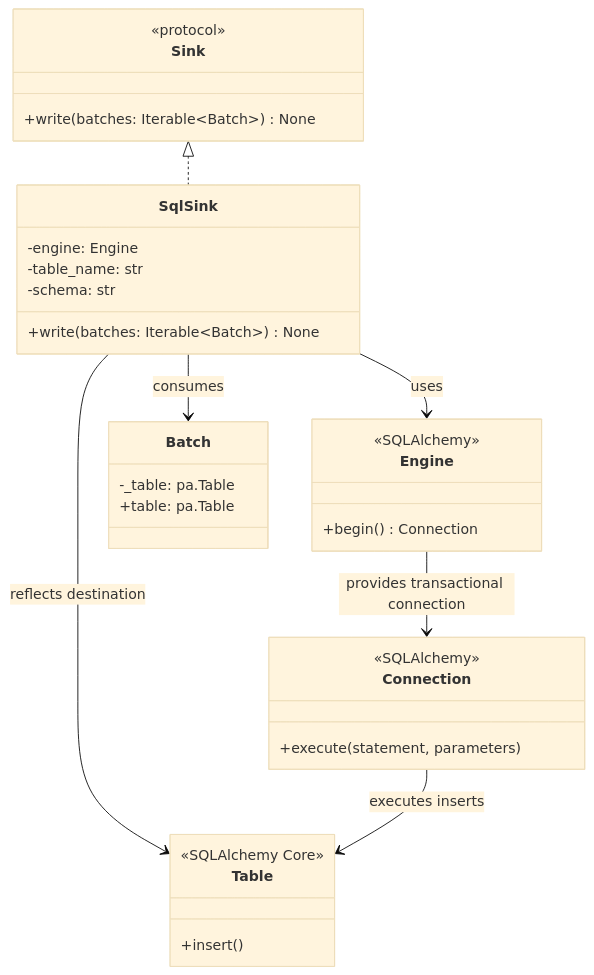
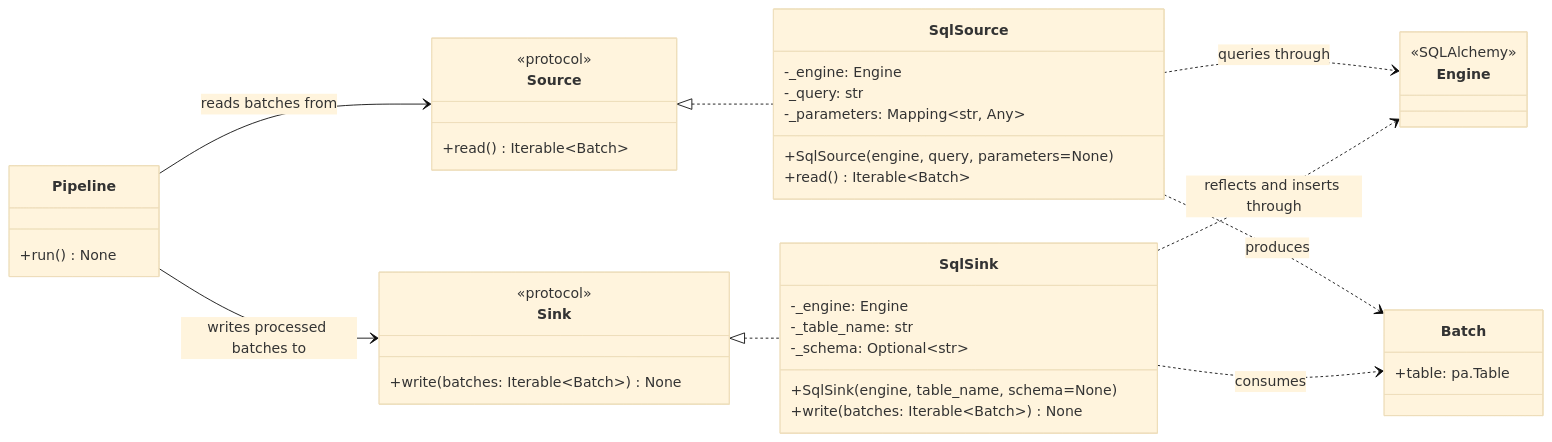
One commit to apaquette/ETLRelay changed the second of 2 diagrams in docs/architecture/sql_source_and_sink.md. Above: the diagram before and after it, drawn with Mermaid (base theme). The commit also changed other lines of this file and 14 other files, not shown here.

````diff
--- a/docs/architecture/sql_source_and_sink.md
+++ b/docs/architecture/sql_source_and_sink.md
@@ -66,42 +20,51 @@
 ```mermaid
 classDiagram
+    direction LR
+
+    class Source {
+        <<protocol>>
+        +read() Iterable~Batch~
+    }
+
     class Sink {
         <<protocol>>
         +write(batches: Iterable~Batch~) None
     }
 
+    class SqlSource {
+        -_engine: Engine
+        -_query: str
+        -_parameters: Mapping~str, Any~
+        +SqlSource(engine, query, parameters=None)
+        +read() Iterable~Batch~
+    }
+
     class SqlSink {
-        -engine: Engine
-        -table_name: str
-        -schema: str
+        -_engine: Engine
+        -_table_name: str
+        -_schema: Optional~str~
+        +SqlSink(engine, table_name, schema=None)
         +write(batches: Iterable~Batch~) None
+    }
+
+    class Batch {
+        +table: pa.Table
+    }
+
+    class Pipeline {
+        +run() None
     }
 
     class Engine {
         <<SQLAlchemy>>
-        +begin() Connection
     }
 
-    class Connection {
-        <<SQLAlchemy>>
-        +execute(statement, parameters)
-    }
-
-    class Table {
-        <<SQLAlchemy Core>>
-        +insert()
-    }
-
-    class Batch {
-        -_table: pa.Table
-        +table: pa.Table
-    }
-
+    Source <|.. SqlSource
     Sink <|.. SqlSink
-
-    SqlSink --> Engine : uses
-    SqlSink --> Table : reflects destination
-    SqlSink --> Batch : consumes
-    Engine --> Connection : provides transactional connection
-    Connection --> Table : executes inserts
+    SqlSource ..> Engine : queries through
+    SqlSink ..> Engine : reflects and inserts through
+    SqlSource ..> Batch : produces
+    SqlSink ..> Batch : consumes
+    Pipeline --> Source : reads batches from
+    Pipeline --> Sink : writes processed batches to
 ```
````
